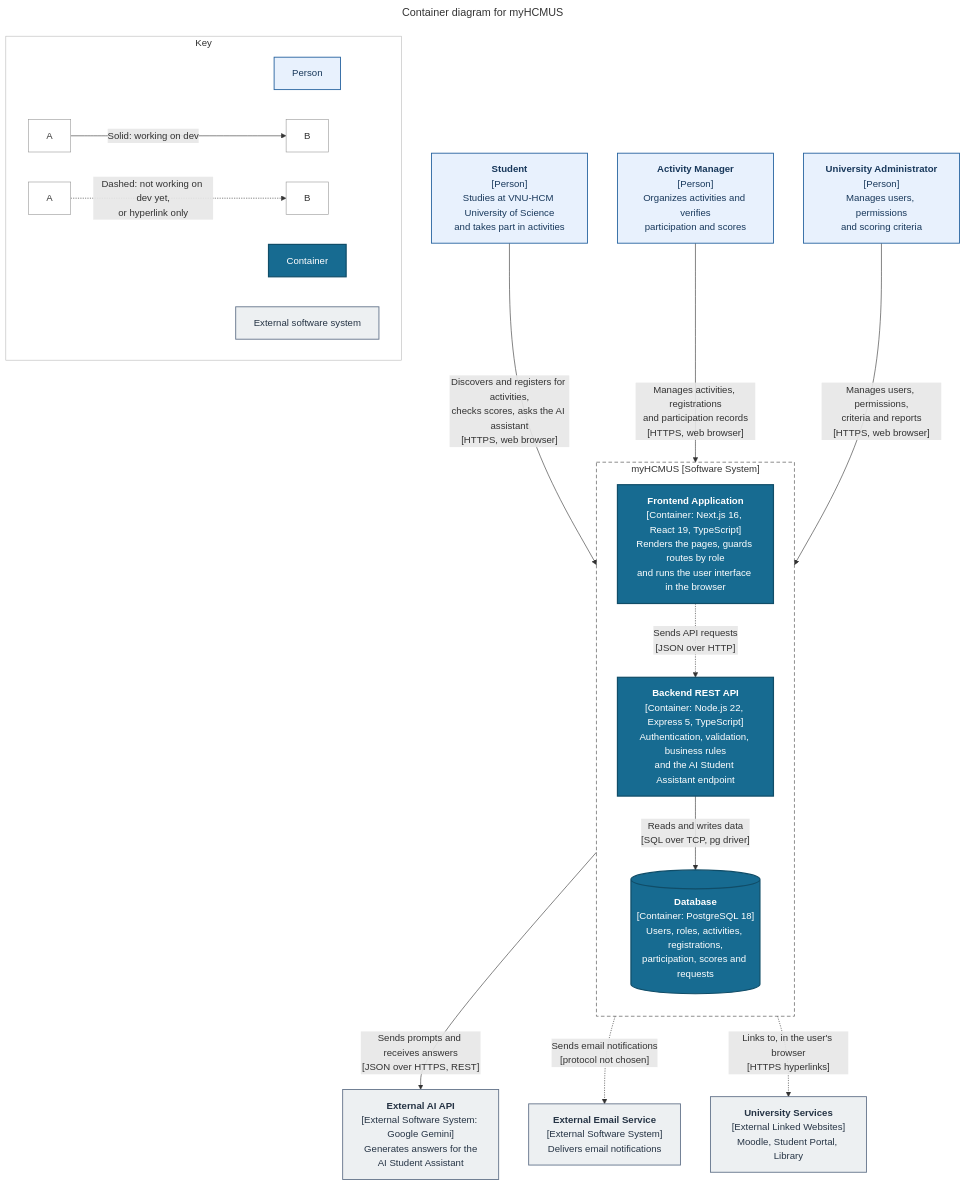
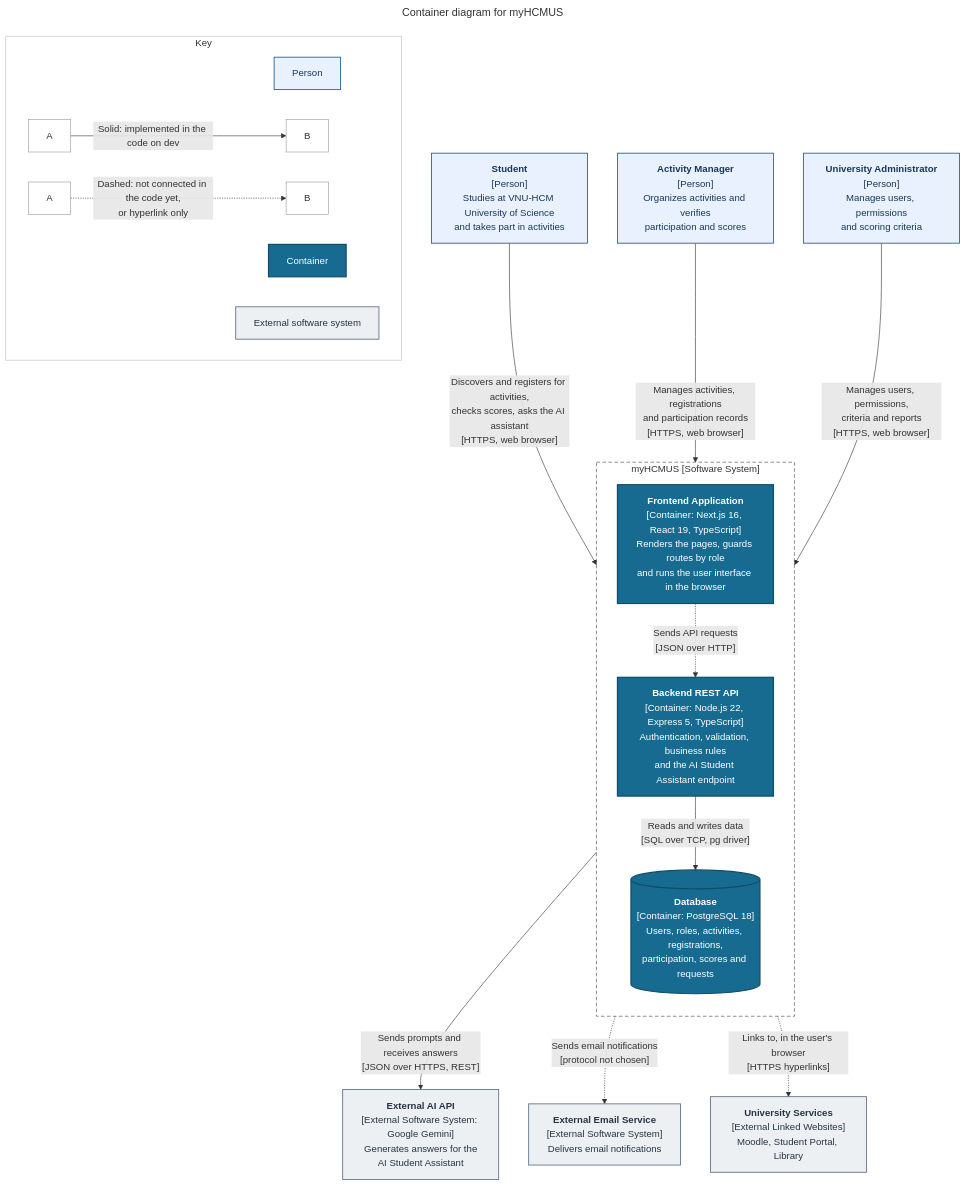
One commit to APCSk24-CS300/cs300-project changed the diagram in docs/analysis-and-design/architecture/container-diagram.md. Above: the diagram before and after it, drawn with Mermaid. The commit also changed other lines of this file, not shown here.

Commit message:
update(doc): Rechecked with the real source code on dev

````diff
--- a/docs/analysis-and-design/architecture/container-diagram.md
+++ b/docs/analysis-and-design/architecture/container-diagram.md
@@ -19,50 +19,50 @@
 ```mermaid
 ---
 title: Container diagram for myHCMUS
 ---
 flowchart TB
     student["<b>Student</b><br/>[Person]<br/>Studies at VNU-HCM University of Science<br/>and takes part in activities"]
     manager["<b>Activity Manager</b><br/>[Person]<br/>Organizes activities and verifies<br/>participation and scores"]
     admin["<b>University Administrator</b><br/>[Person]<br/>Manages users, permissions<br/>and scoring criteria"]
 
     subgraph myhcmus["myHCMUS [Software System]"]
         direction TB
         web["<b>Frontend Application</b><br/>[Container: Next.js 16, React 19, TypeScript]<br/>Renders the pages, guards routes by role<br/>and runs the user interface in the browser"]
         api["<b>Backend REST API</b><br/>[Container: Node.js 22, Express 5, TypeScript]<br/>Authentication, validation, business rules<br/>and the AI Student Assistant endpoint"]
         db[("<b>Database</b><br/>[Container: PostgreSQL 18]<br/>Users, roles, activities, registrations,<br/>participation, scores and requests")]
     end
 
     ai["<b>External AI API</b><br/>[External Software System: Google Gemini]<br/>Generates answers for the<br/>AI Student Assistant"]
     email["<b>External Email Service</b><br/>[External Software System]<br/>Delivers email notifications"]
     uni["<b>University Services</b><br/>[External Linked Websites]<br/>Moodle, Student Portal, Library"]
 
     student -->|"Discovers and registers for activities,<br/>checks scores, asks the AI assistant<br/>[HTTPS, web browser]"| web
     manager -->|"Manages activities, registrations<br/>and participation records<br/>[HTTPS, web browser]"| web
     admin -->|"Manages users, permissions,<br/>criteria and reports<br/>[HTTPS, web browser]"| web
 
     web -.->|"Sends API requests<br/>[JSON over HTTP]"| api
     api -->|"Reads and writes data<br/>[SQL over TCP, pg driver]"| db
     api -->|"Sends prompts and receives answers<br/>[JSON over HTTPS, REST]"| ai
     api -.->|"Sends email notifications<br/>[protocol not chosen]"| email
     web -.->|"Links to, in the user's browser<br/>[HTTPS hyperlinks]"| uni
 
     subgraph key["Key"]
         direction LR
         k1["Person"]
         k2["Container"]
         k3["External software system"]
-        k4["A"] -->|"Solid: working on dev"| k5["B"]
-        k6["A"] -.->|"Dashed: not working on dev yet,<br/>or hyperlink only"| k7["B"]
+        k4["A"] -->|"Solid: implemented in the code on dev"| k5["B"]
+        k6["A"] -.->|"Dashed: not connected in the code yet,<br/>or hyperlink only"| k7["B"]
     end
 
     classDef person fill:#E8F1FD,stroke:#2864A0,color:#18385B,stroke-width:1.5px
     classDef container fill:#176B91,stroke:#104D68,color:#FFFFFF,stroke-width:2px
     classDef external fill:#EDF0F2,stroke:#64748B,color:#263445,stroke-width:1.5px
     classDef keybox fill:#FFFFFF,stroke:#999999,color:#333333
     class student,manager,admin,k1 person
     class web,api,db,k2 container
     class ai,email,uni,k3 external
     class k4,k5,k6,k7 keybox
     style myhcmus fill:none,stroke:#444444,stroke-dasharray: 6 4
     style key fill:none,stroke:#BBBBBB
 ```
````
